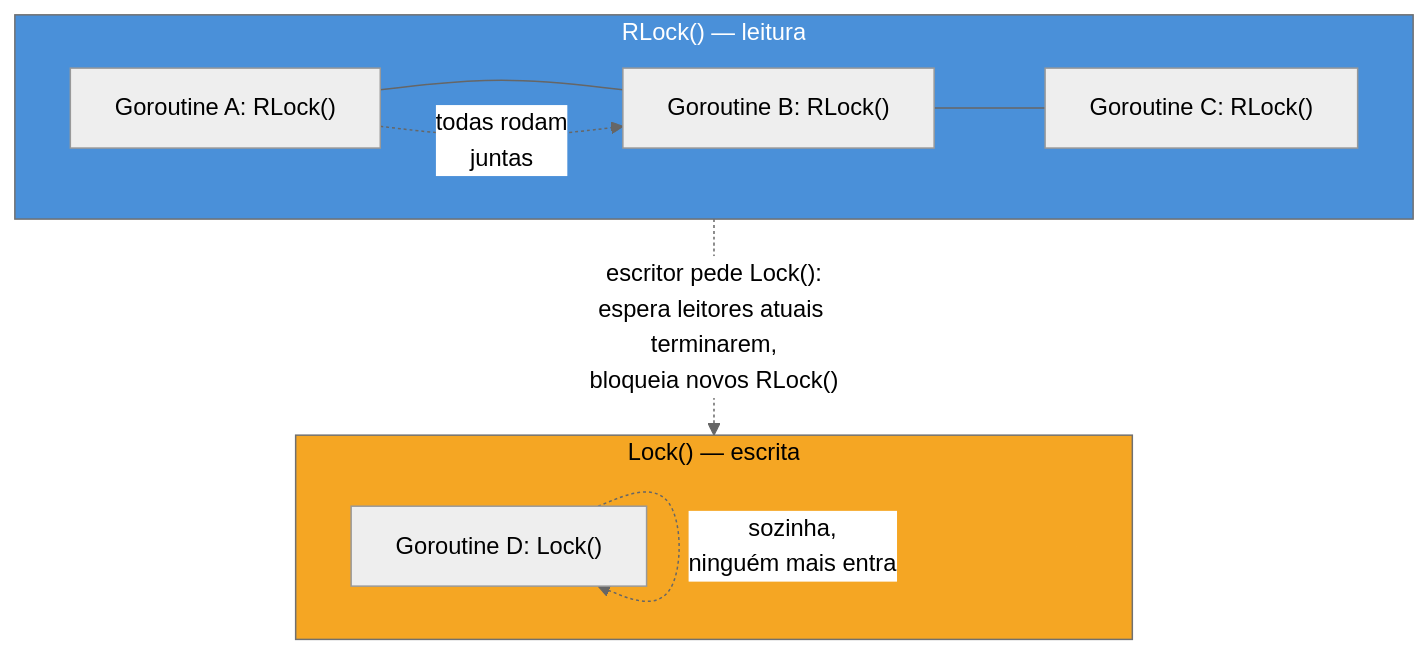
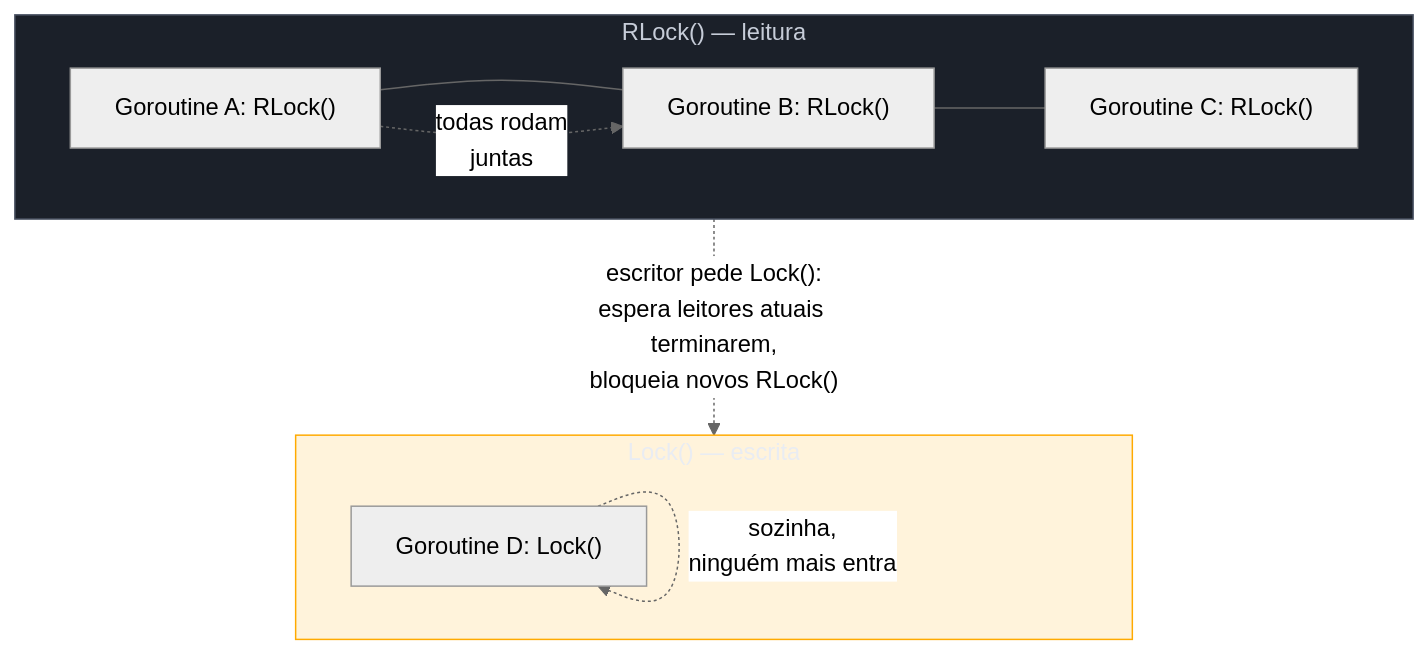
One commit to josenaldo/codex-technomanticus changed the second of 2 diagrams in 03-Dominios/Tecnologia/Go/09 - Sincronização e context/02 - Mutex e RWMutex.md. Above: the diagram before and after it, drawn with Mermaid (neutral theme). The commit also changed 1181 other files, not shown here.

First line of the commit message:
fix(diagramas): paleta do sistema no lugar de cor cravada no markdown

````diff
--- a/03-Dominios/Tecnologia/Go/09 - Sincronização e context/02 - Mutex e RWMutex.md
+++ b/03-Dominios/Tecnologia/Go/09 - Sincronização e context/02 - Mutex e RWMutex.md
@@ -111,18 +111,20 @@
 ```mermaid
 flowchart TB
+    classDef neutro fill:#1B2029,stroke:#4E5666,color:#C6CCD8
+    classDef destaque fill:#FFAA0024,stroke:#FFAA00,color:#E9ECF2
     subgraph RLock["RLock() — leitura"]
         direction LR
         R1["Goroutine A: RLock()"] --- R2["Goroutine B: RLock()"] --- R3["Goroutine C: RLock()"]
         R1 -.->|"todas rodam\njuntas"| R2
     end
     subgraph Lock["Lock() — escrita"]
         direction LR
         W1["Goroutine D: Lock()"]
         W1 -.->|"sozinha,\nninguém mais entra"| W1
     end
 
     RLock -.->|"escritor pede Lock():\nespera leitores atuais terminarem,\nbloqueia novos RLock()"| Lock
 
-    style RLock fill:#4A90D9,color:#fff
-    style Lock fill:#F5A623,color:#000
+    class RLock neutro
+    class Lock destaque
 ```
````
